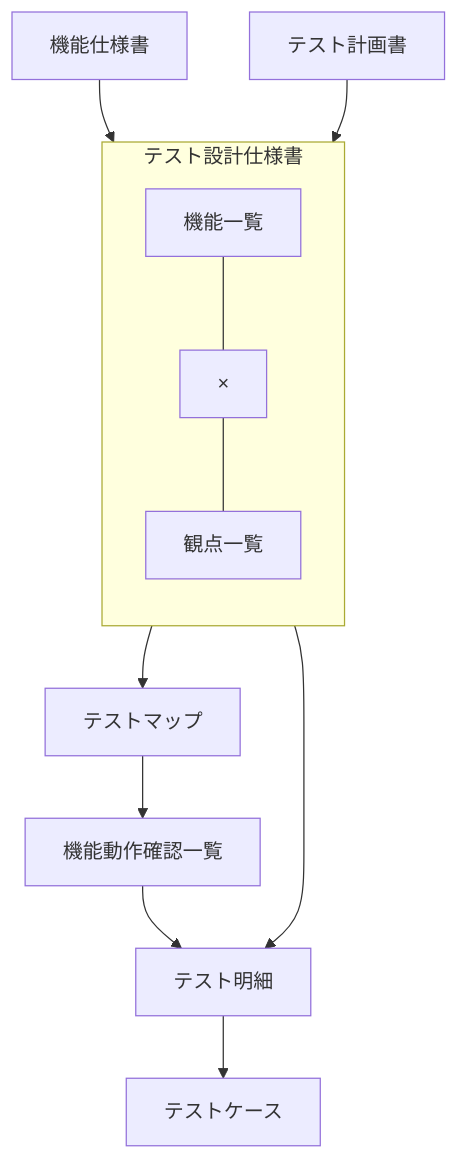
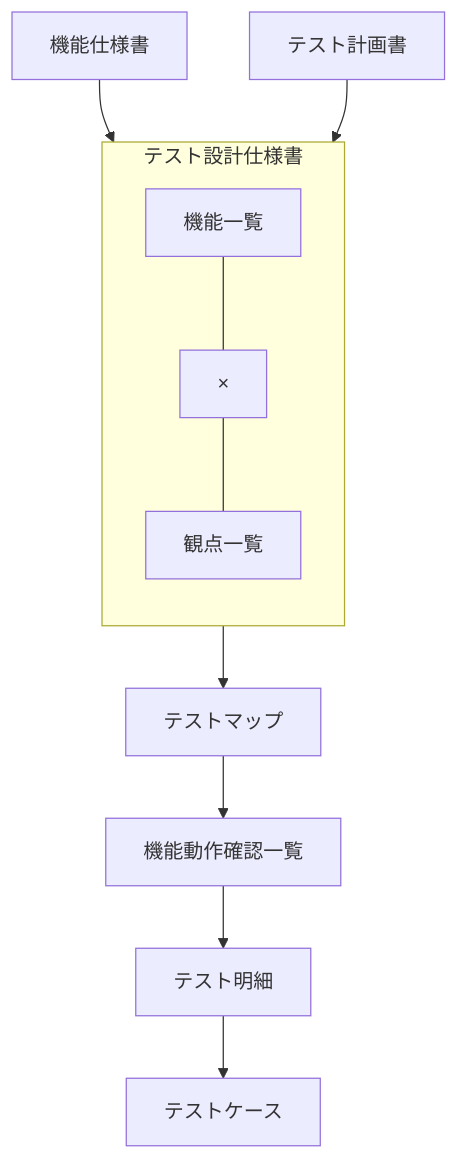
One commit to yuusakuri/dev-rules changed the diagram in templates/documentation/test-design-specification.md. Above: the diagram before and after it, drawn with Mermaid. The commit also changed other lines of this file and 7 other files, not shown here.

````diff
--- a/templates/documentation/test-design-specification.md
+++ b/templates/documentation/test-design-specification.md
@@ -94,20 +94,19 @@
 ```mermaid
 flowchart TD
     FS["機能仕様書"] --> TDS
     TP["テスト計画書"] --> TDS
 
     subgraph TDS["テスト設計仕様書"]
         direction TB
         FL["機能一覧"]
         X["×"]
         VL["観点一覧"]
         FL --- X
         X --- VL
     end
 
     TDS --> TM["テストマップ"]
     TM --> FC["機能動作確認一覧"]
     FC --> DETAIL["テスト明細"]
-    TDS --> DETAIL
     DETAIL --> CASE["テストケース"]
 ```
````
